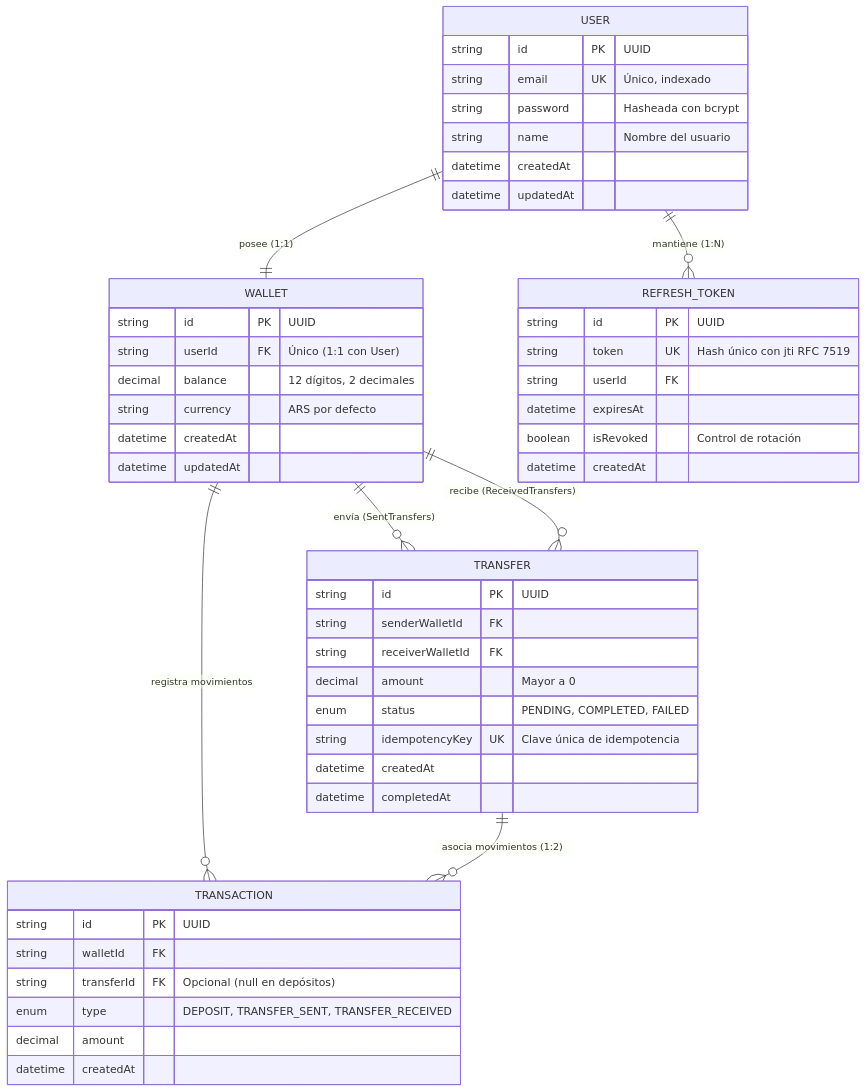
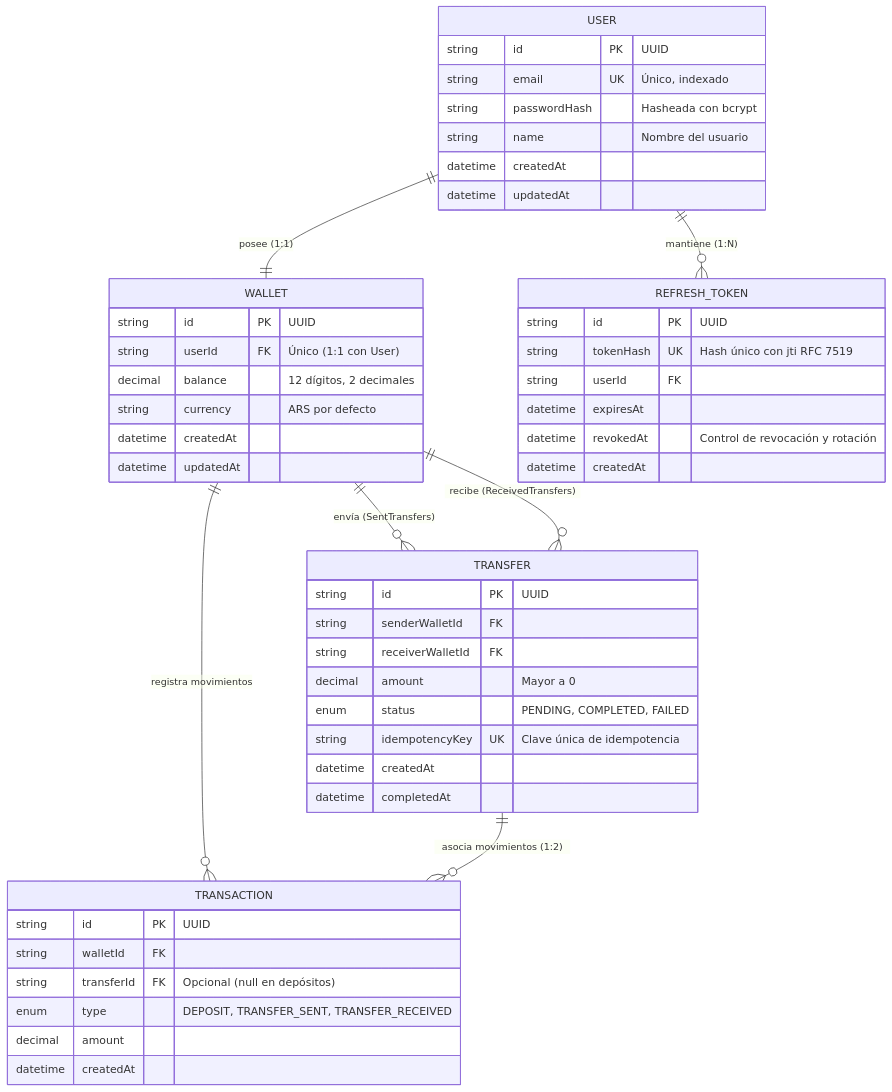
Before and after one commit to Calegaris/proyecto-4-minipay: the first of 2 diagrams in README.md, drawn with Mermaid. The commit also changed other lines of this file, not shown here.

````diff
--- a/README.md
+++ b/README.md
@@ -32,56 +33,56 @@
 ```mermaid
 erDiagram
     USER ||--|| WALLET : "posee (1:1)"
     USER ||--o{ REFRESH_TOKEN : "mantiene (1:N)"
     WALLET ||--o{ TRANSFER : "envía (SentTransfers)"
     WALLET ||--o{ TRANSFER : "recibe (ReceivedTransfers)"
     WALLET ||--o{ TRANSACTION : "registra movimientos"
     TRANSFER ||--o{ TRANSACTION : "asocia movimientos (1:2)"
 
     USER {
         string id PK "UUID"
         string email UK "Único, indexado"
-        string password "Hasheada con bcrypt"
+        string passwordHash "Hasheada con bcrypt"
         string name "Nombre del usuario"
         datetime createdAt
         datetime updatedAt
     }
 
     WALLET {
         string id PK "UUID"
         string userId FK "Único (1:1 con User)"
         decimal balance "12 dígitos, 2 decimales"
         string currency "ARS por defecto"
         datetime createdAt
         datetime updatedAt
     }
 
     TRANSFER {
         string id PK "UUID"
         string senderWalletId FK
         string receiverWalletId FK
         decimal amount "Mayor a 0"
         enum status "PENDING, COMPLETED, FAILED"
         string idempotencyKey UK "Clave única de idempotencia"
         datetime createdAt
         datetime completedAt
     }
 
     TRANSACTION {
         string id PK "UUID"
         string walletId FK
         string transferId FK "Opcional (null en depósitos)"
         enum type "DEPOSIT, TRANSFER_SENT, TRANSFER_RECEIVED"
         decimal amount
         datetime createdAt
     }
 
     REFRESH_TOKEN {
         string id PK "UUID"
-        string token UK "Hash único con jti RFC 7519"
+        string tokenHash UK "Hash único con jti RFC 7519"
         string userId FK
         datetime expiresAt
-        boolean isRevoked "Control de rotación"
+        datetime revokedAt "Control de revocación y rotación"
         datetime createdAt
     }
 ```
````
